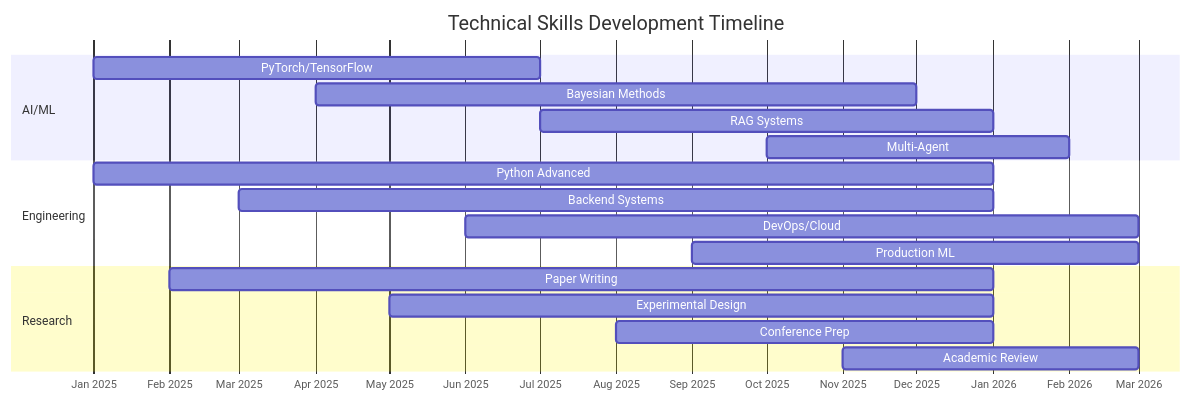
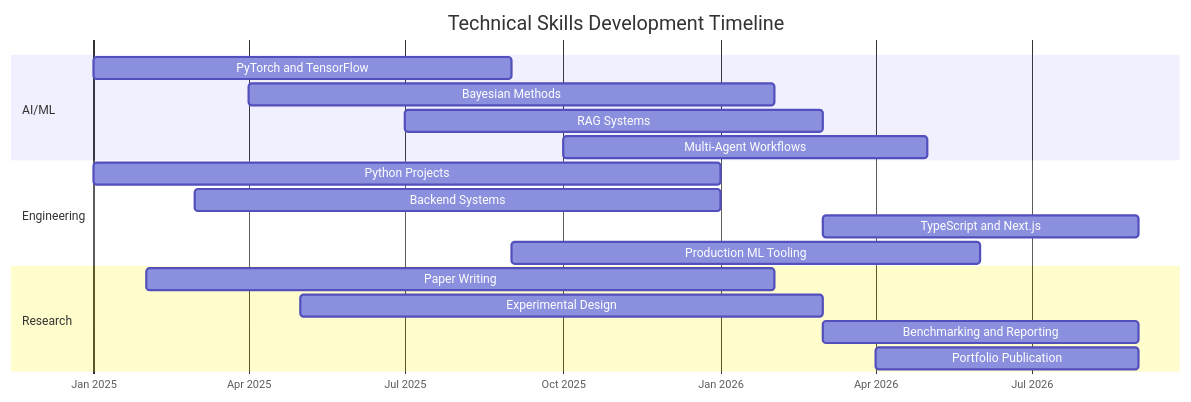
One commit to Zhi-Chao-PAN/Zhi-Chao-PAN changed the diagram in README.md. Above: the diagram before and after it, drawn with Mermaid. The commit also changed other lines of this file, not shown here.

````diff
--- a/README.md
+++ b/README.md
@@ -108,24 +130,24 @@
 ```mermaid
 gantt
     title Technical Skills Development Timeline
     dateFormat  YYYY-MM
     axisFormat  %b %Y
-    
+
     section AI/ML
-    PyTorch/TensorFlow :2025-01, 6M
-    Bayesian Methods   :2025-04, 8M
-    RAG Systems        :2025-07, 6M
-    Multi-Agent        :2025-10, 4M
-    
+    PyTorch and TensorFlow      :2025-01, 8M
+    Bayesian Methods            :2025-04, 10M
+    RAG Systems                 :2025-07, 8M
+    Multi-Agent Workflows       :2025-10, 7M
+
     section Engineering
-    Python Advanced    :2025-01, 12M
-    Backend Systems    :2025-03, 10M
-    DevOps/Cloud       :2025-06, 9M
-    Production ML      :2025-09, 6M
-    
+    Python Projects             :2025-01, 12M
+    Backend Systems             :2025-03, 10M
+    TypeScript and Next.js      :2026-03, 6M
+    Production ML Tooling       :2025-09, 9M
+
     section Research
-    Paper Writing      :2025-02, 11M
-    Experimental Design:2025-05, 8M
-    Conference Prep    :2025-08, 5M
-    Academic Review    :2025-11, 4M
+    Paper Writing               :2025-02, 12M
+    Experimental Design         :2025-05, 10M
+    Benchmarking and Reporting  :2026-03, 6M
+    Portfolio Publication       :2026-04, 5M
 ```
````
